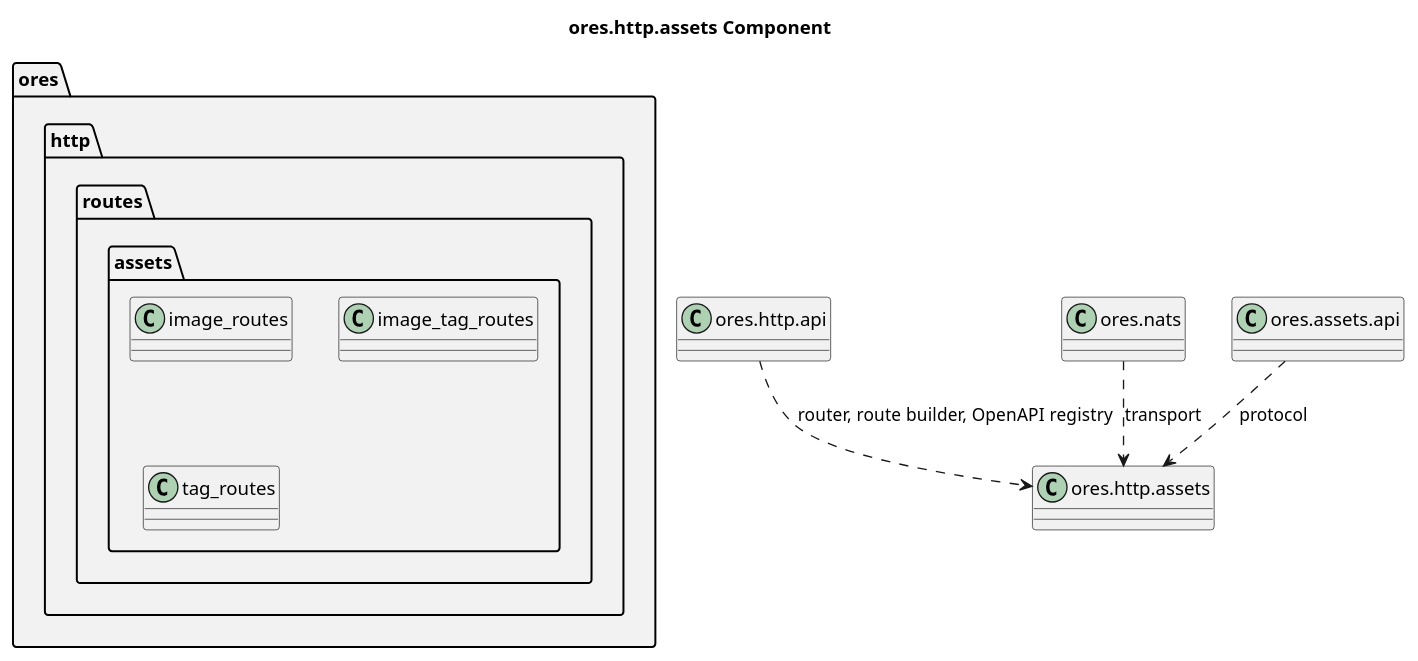
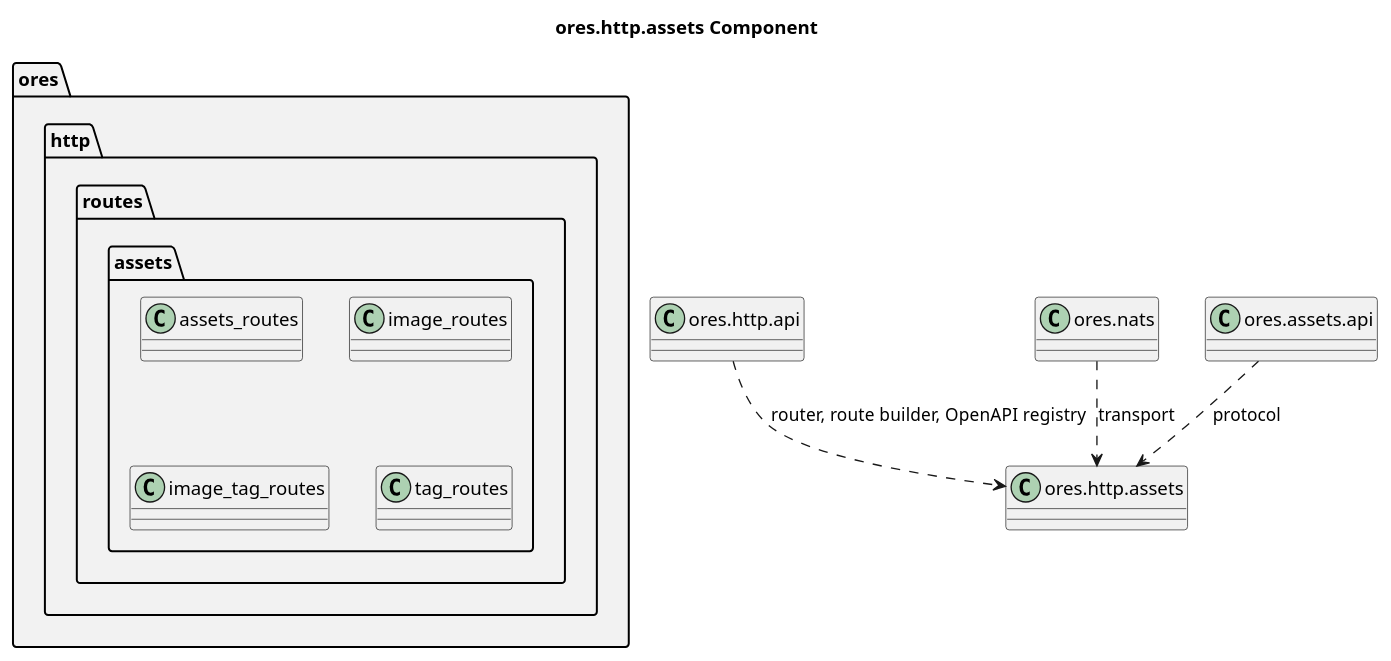
One commit to OreStudio/OreStudio changed the diagram in projects/ores.http/assets/modeling/ores.http.assets.puml. Above: the diagram before and after it, drawn with PlantUML. The commit also changed 36 other files, not shown here.

```diff
--- a/projects/ores.http/assets/modeling/ores.http.assets.puml
+++ b/projects/ores.http/assets/modeling/ores.http.assets.puml
@@ -18,31 +18,33 @@
 @startuml
 
 title ores.http.assets Component
 
 set namespaceSeparator ::
 
 namespace ores #F2F2F2 {
     namespace http #F2F2F2 {
         namespace routes #F2F2F2 {
             namespace assets #F2F2F2 {
+                class assets_routes {
+                }
                 class image_routes {
                 }
                 class image_tag_routes {
                 }
                 class tag_routes {
                 }
             }
         }
     }
 }
 
 ' --- manual: everything below this line is hand-authored; the script preserves it ---
 
 ores.http.api ..> ores.http.assets : router, route builder, OpenAPI registry
 ores.nats ..> ores.http.assets : transport
 ores.assets.api ..> ores.http.assets : protocol
 
 ' Local Variables:
 ' compile-command: "java -Djava.awt.headless=true -DPLANTUML_SECURITY_PROFILE=UNSECURE -DPLANTUML_LIMIT_SIZE=65535 -jar /usr/share/plantuml/plantuml.jar ores.http.assets.puml"
 ' End:
 @enduml
```
